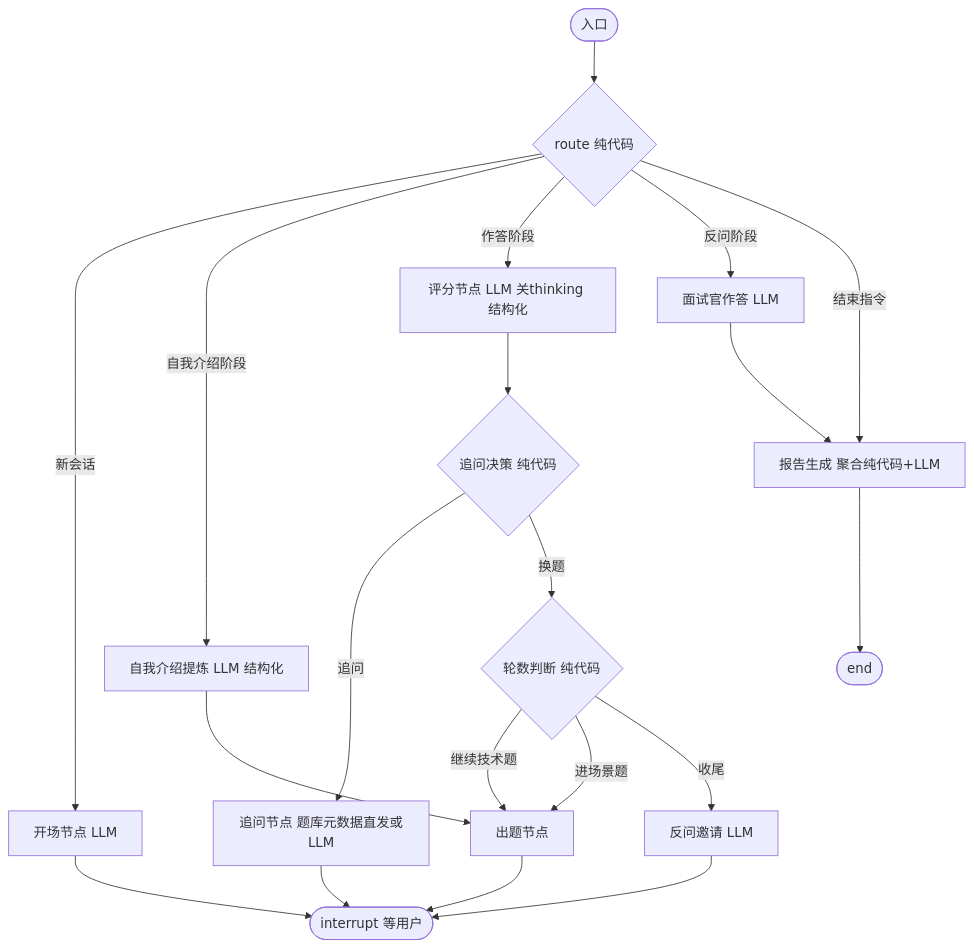
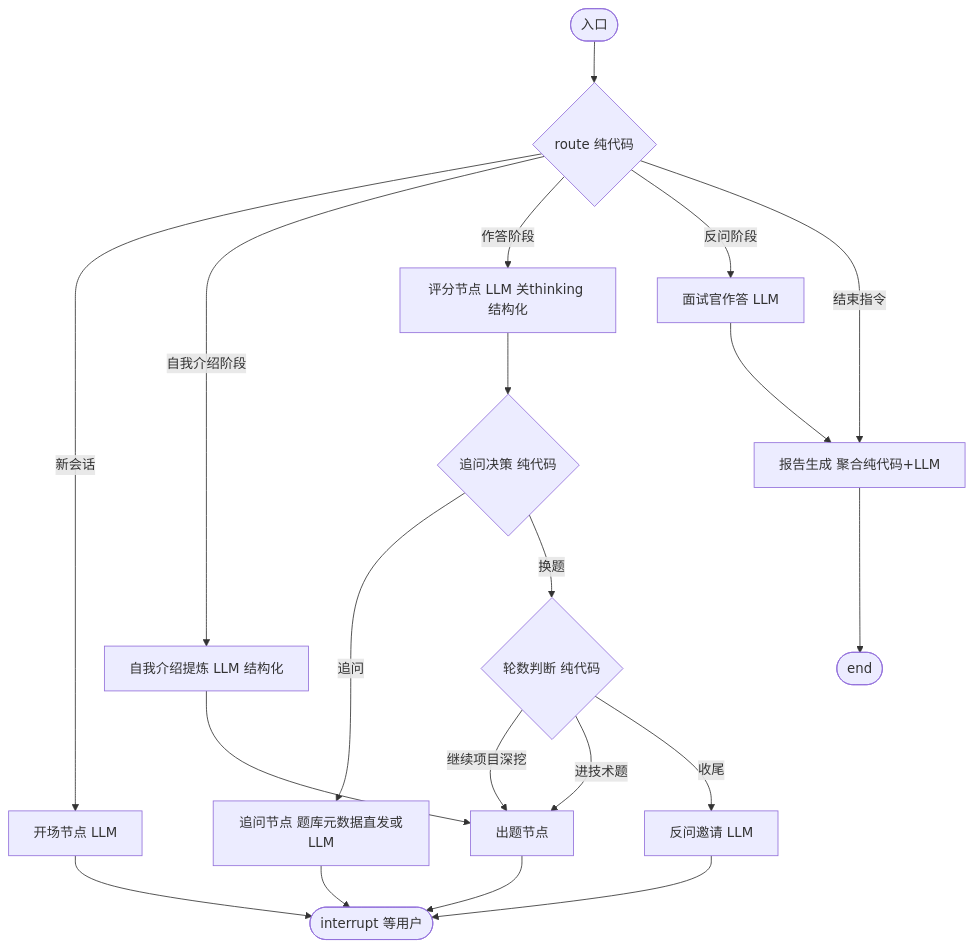
Before and after one commit to Q-77-i/Marda: the diagram in docs/SPEC.md, drawn with Mermaid. The commit also changed other lines of this file and 15 other files, not shown here.

````diff
--- a/docs/SPEC.md
+++ b/docs/SPEC.md
@@ -112,17 +112,17 @@
 ```mermaid
 flowchart TD
     S([入口]) --> ROUTE{route 纯代码}
     ROUTE -- 新会话 --> INTRO[开场节点 LLM] --> INTERRUPT([interrupt 等用户])
     ROUTE -- 自我介绍阶段 --> PROFILE[自我介绍提炼 LLM 结构化] --> ASK[出题节点]
     ROUTE -- 作答阶段 --> JUDGE[评分节点 LLM 关thinking 结构化]
     JUDGE --> FD{追问决策 纯代码}
     FD -- 追问 --> FU[追问节点 题库元数据直发或LLM] --> INTERRUPT
     FD -- 换题 --> ADV{轮数判断 纯代码}
-    ADV -- 继续技术题 --> ASK
-    ADV -- 进场景题 --> ASK
+    ADV -- 继续项目深挖 --> ASK
+    ADV -- 进技术题 --> ASK
     ADV -- 收尾 --> CLOSING[反问邀请 LLM] --> INTERRUPT
     ROUTE -- 反问阶段 --> CANS[面试官作答 LLM] --> REPORT[报告生成 聚合纯代码+LLM]
     ROUTE -- 结束指令 --> REPORT
     ASK --> INTERRUPT
     REPORT --> E([end])
 ```
````
